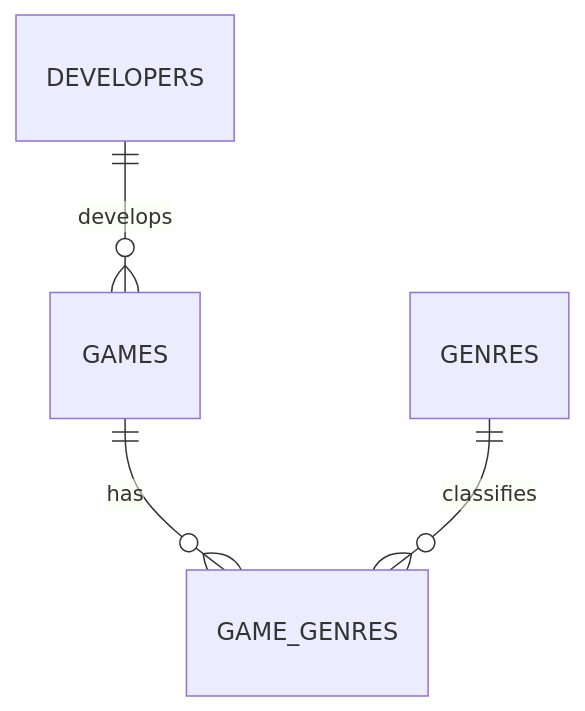
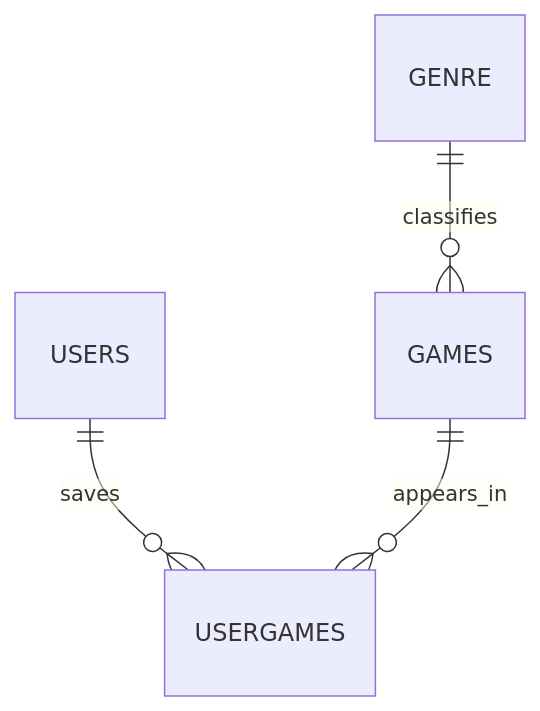
One commit to BudgetvIncorporated/Java-Database-Starter changed the diagram in java-database-starter/PROJECT_PLAN.md. Above: the diagram before and after it, drawn with Mermaid. The commit also changed other lines of this file and 13 other files, not shown here.

````diff
--- a/java-database-starter/PROJECT_PLAN.md
+++ b/java-database-starter/PROJECT_PLAN.md
@@ -12,6 +12,6 @@
 ```mermaid
 erDiagram
-    DEVELOPERS ||--o{ GAMES : develops
-    GAMES ||--o{ GAME_GENRES : has
-    GENRES ||--o{ GAME_GENRES : classifies
+    GENRE ||--o{ GAMES : classifies
+    USERS ||--o{ USERGAMES : saves
+    GAMES ||--o{ USERGAMES : appears_in
 ```
````
